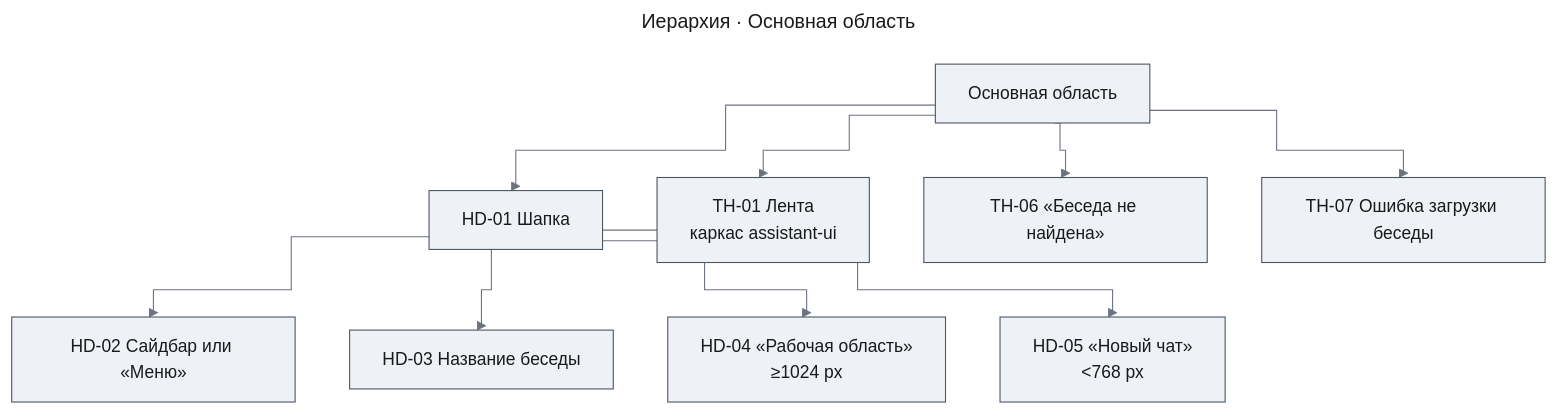
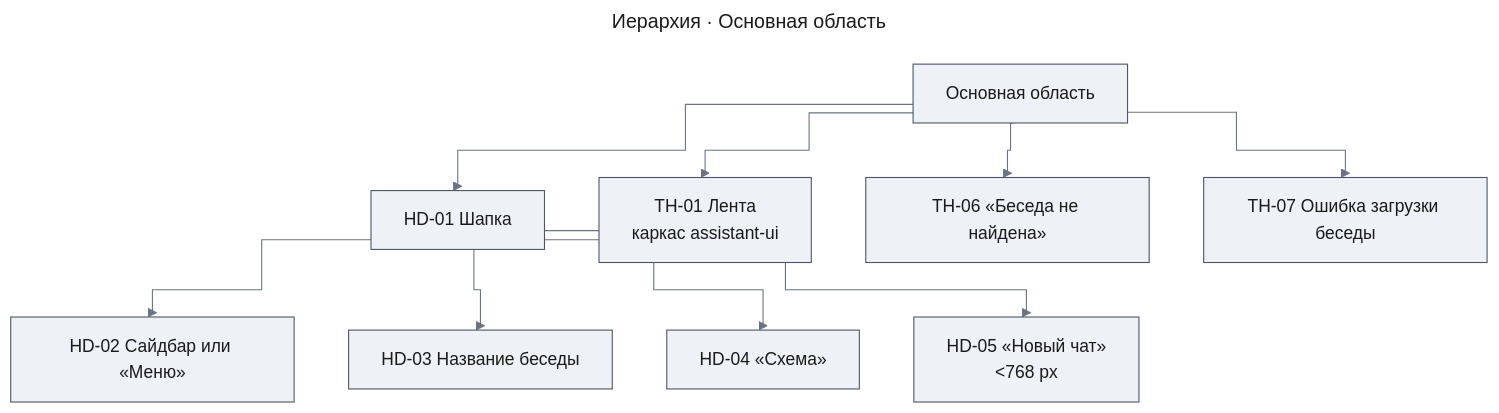
The fourth of 14 diagrams in docs/features/chat-shell/uxrd.md (tundraray/agent-os), drawn with Mermaid before and after one commit. The commit also changed other lines of this file and 1225 other files, not shown here.

````diff
--- a/docs/features/chat-shell/uxrd.md
+++ b/docs/features/chat-shell/uxrd.md
@@ -158,24 +158,24 @@
 ```mermaid
 ---
 title: "Иерархия · Основная область"
 config:
   theme: base
   look: classic
   themeVariables:
     primaryColor: "#eef1f5"
     primaryBorderColor: "#4b5563"
     primaryTextColor: "#1a1a1a"
     lineColor: "#6b7280"
   flowchart:
     curve: step
 ---
 graph TD
     MAIN["Основная область"] --> HD01["HD-01 Шапка"]
     MAIN --> TH01["TH-01 Лента<br/>каркас assistant-ui"]
     MAIN --> TH06["TH-06 «Беседа не найдена»"]
     MAIN --> TH07["TH-07 Ошибка загрузки беседы"]
     HD01 --> HD02["HD-02 Сайдбар или «Меню»"]
     HD01 --> HD03["HD-03 Название беседы"]
-    HD01 --> HD04["HD-04 «Рабочая область»<br/>≥1024 px"]
+    HD01 --> HD04["HD-04 «Схема»"]
     HD01 --> HD05["HD-05 «Новый чат»<br/><768 px"]
 ```
````
